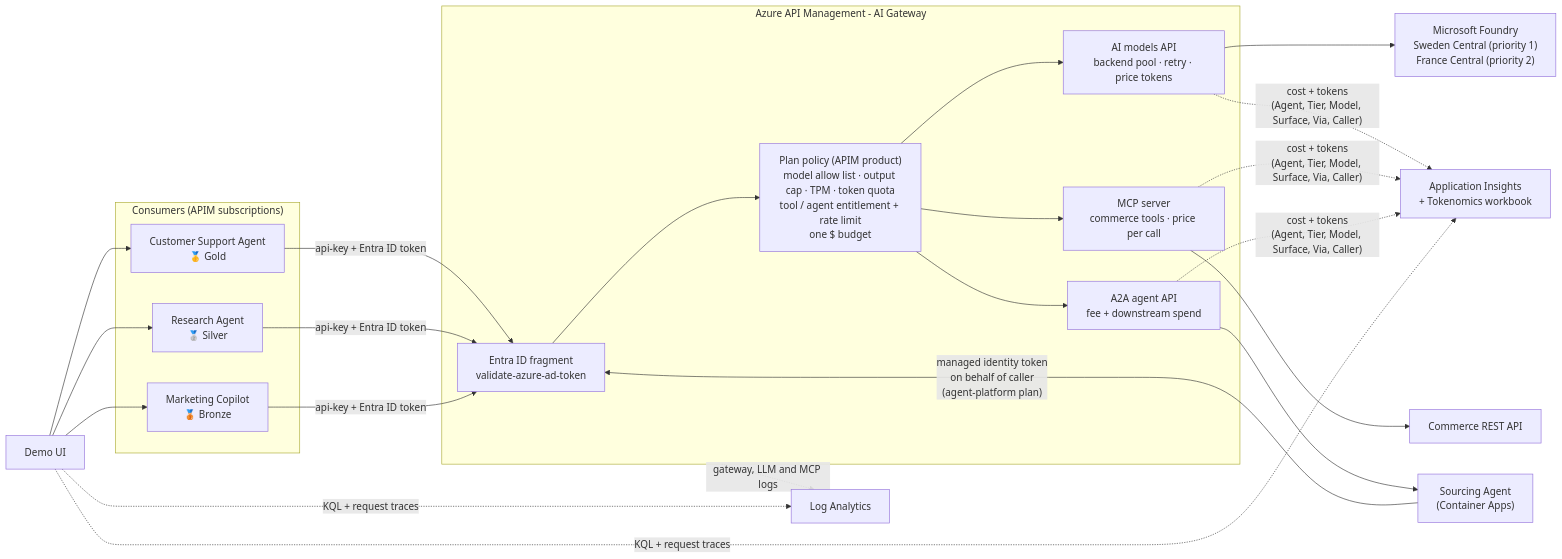
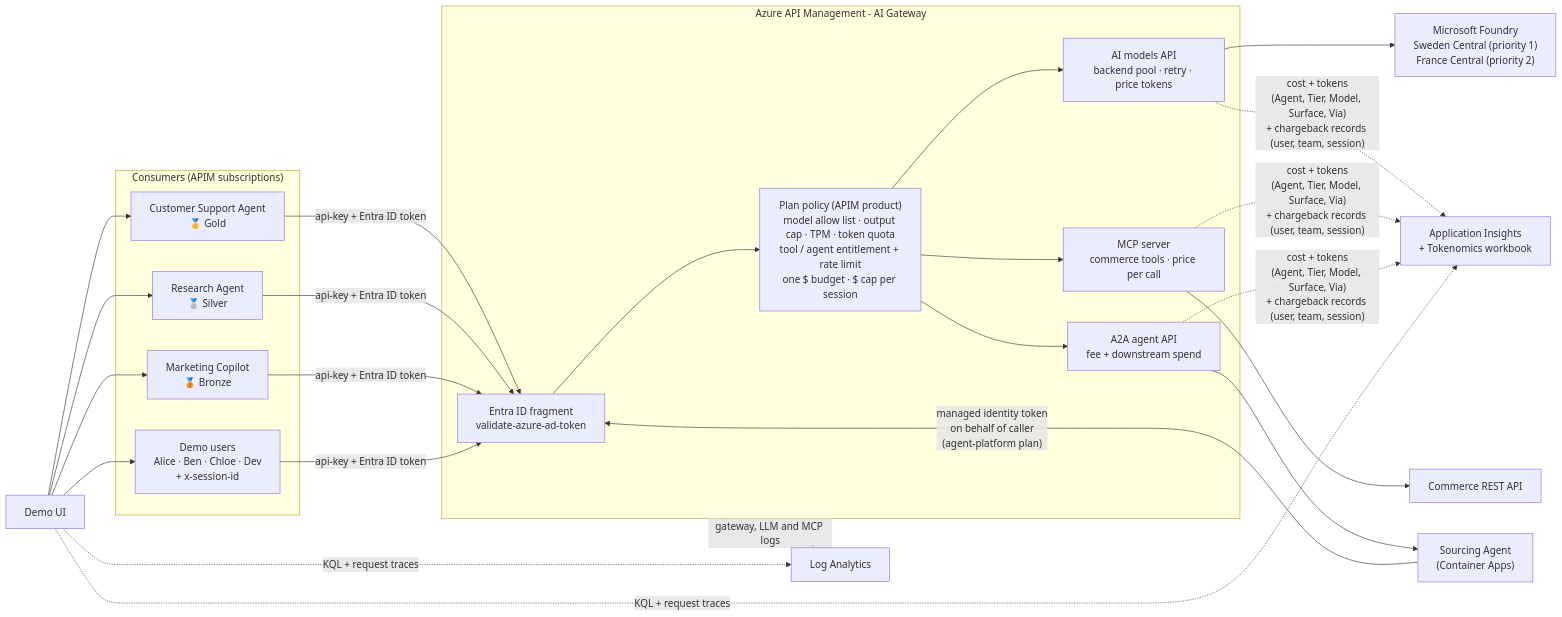
Before and after one commit to JinLee794/AI-Gateway-Sandbox: the diagram in labs/ai-gateway-tokenomics/README.md, drawn with Mermaid. The commit also changed other lines of this file and 11 other files, not shown here.

First line of the commit message:
ai-gateway-tokenomics: FinOps chargeback by user and session

````diff
--- a/labs/ai-gateway-tokenomics/README.md
+++ b/labs/ai-gateway-tokenomics/README.md
@@ -32,24 +33,25 @@
 ```mermaid
 flowchart LR
     subgraph Consumers["Consumers (APIM subscriptions)"]
         A1["Customer Support Agent<br/>🥇 Gold"]
         A2["Research Agent<br/>🥈 Silver"]
         A3["Marketing Copilot<br/>🥉 Bronze"]
+        U["Demo users<br/>Alice · Ben · Chloe · Dev<br/>+ x-session-id"]
     end
     subgraph APIM["Azure API Management - AI Gateway"]
         E["Entra ID fragment<br/>validate-azure-ad-token"]
-        P1["Plan policy (APIM product)<br/>model allow list · output cap · TPM · token quota<br/>tool / agent entitlement + rate limit<br/>one $ budget"]
+        P1["Plan policy (APIM product)<br/>model allow list · output cap · TPM · token quota<br/>tool / agent entitlement + rate limit<br/>one $ budget · $ cap per session"]
         M["AI models API<br/>backend pool · retry · price tokens"]
         T["MCP server<br/>commerce tools · price per call"]
         G["A2A agent API<br/>fee + downstream spend"]
     end
-    A1 & A2 & A3 -->|"api-key + Entra ID token"| E --> P1
+    A1 & A2 & A3 & U -->|"api-key + Entra ID token"| E --> P1
     P1 --> M --> F["Microsoft Foundry<br/>Sweden Central (priority 1)<br/>France Central (priority 2)"]
     P1 --> T --> R["Commerce REST API"]
     P1 --> G --> S["Sourcing Agent<br/>(Container Apps)"]
     S -->|"managed identity token<br/>on behalf of caller<br/>(agent-platform plan)"| E
-    M & T & G -.->|"cost + tokens<br/>(Agent, Tier, Model, Surface, Via, Caller)"| AI["Application Insights<br/>+ Tokenomics workbook"]
+    M & T & G -.->|"cost + tokens<br/>(Agent, Tier, Model, Surface, Via)<br/>+ chargeback records (user, team, session)"| AI["Application Insights<br/>+ Tokenomics workbook"]
     APIM -.->|"gateway, LLM and MCP logs"| LA["Log Analytics"]
-    UI["Demo UI"] --> A1 & A2 & A3
+    UI["Demo UI"] --> A1 & A2 & A3 & U
     UI -.->|"KQL + request traces"| AI & LA
 ```
````
